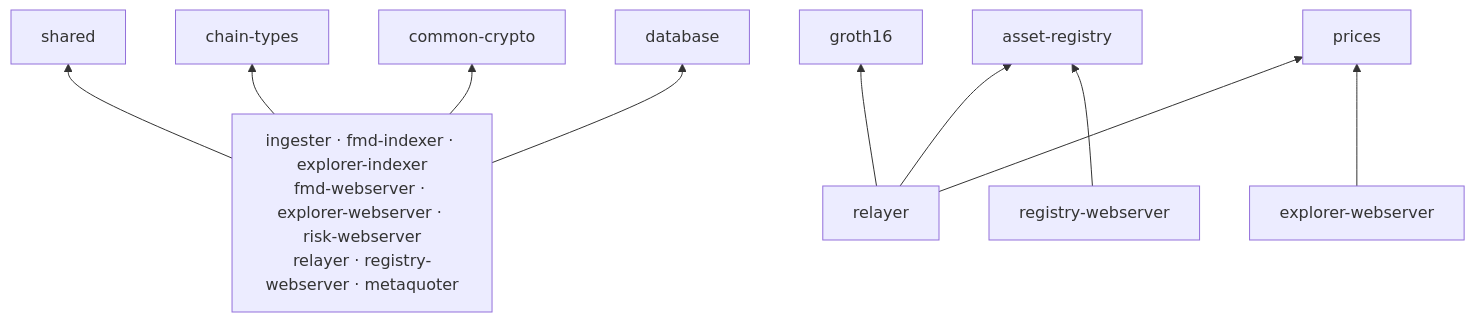
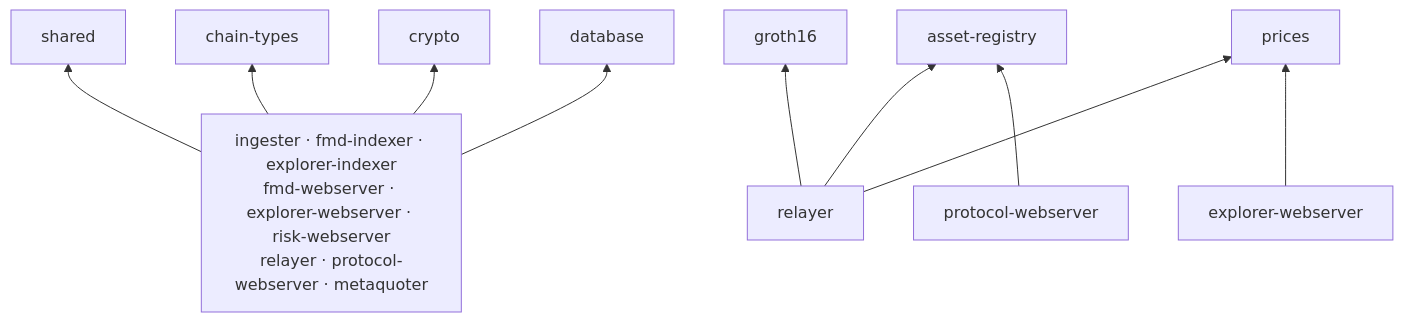
The eighth of 8 diagrams in README.md (lelantos-org/backend), drawn with Mermaid before and after one commit. The commit also changed other lines of this file and 438 other files, not shown here.

````diff
--- a/README.md
+++ b/README.md
@@ -236,10 +236,10 @@
 ```mermaid
 flowchart BT
-  BINS["ingester · fmd-indexer · explorer-indexer<br/>fmd-webserver · explorer-webserver · risk-webserver<br/>relayer · registry-webserver · metaquoter"] --> SH[shared]
+  BINS["ingester · fmd-indexer · explorer-indexer<br/>fmd-webserver · explorer-webserver · risk-webserver<br/>relayer · protocol-webserver · metaquoter"] --> SH[shared]
   BINS --> CT[chain-types]
-  BINS --> FC[common-crypto]
+  BINS --> FC[crypto]
   BINS --> DB[database]
   REL[relayer] --> G16[groth16]
-  REL & REG[registry-webserver] --> AR[asset-registry]
+  REL & REG[protocol-webserver] --> AR[asset-registry]
   REL & EW[explorer-webserver] --> PR[prices]
 ```
````
